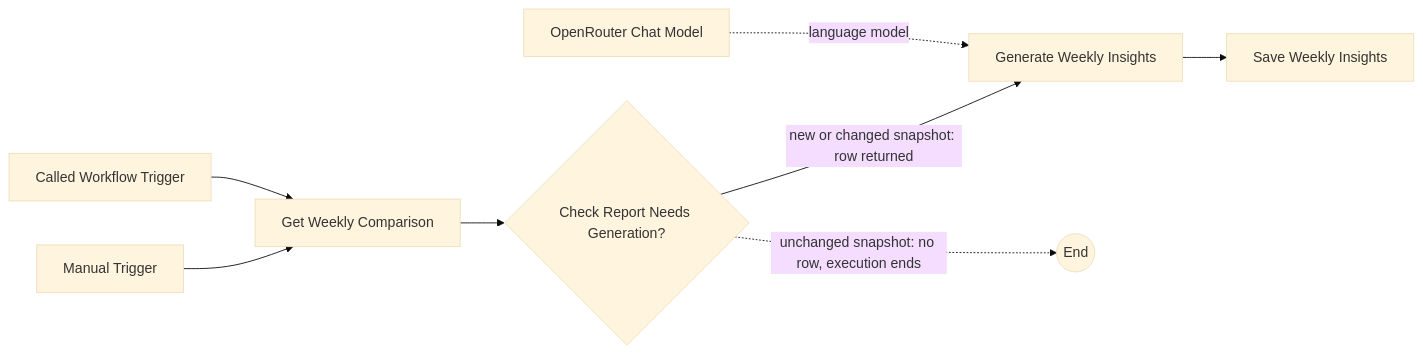
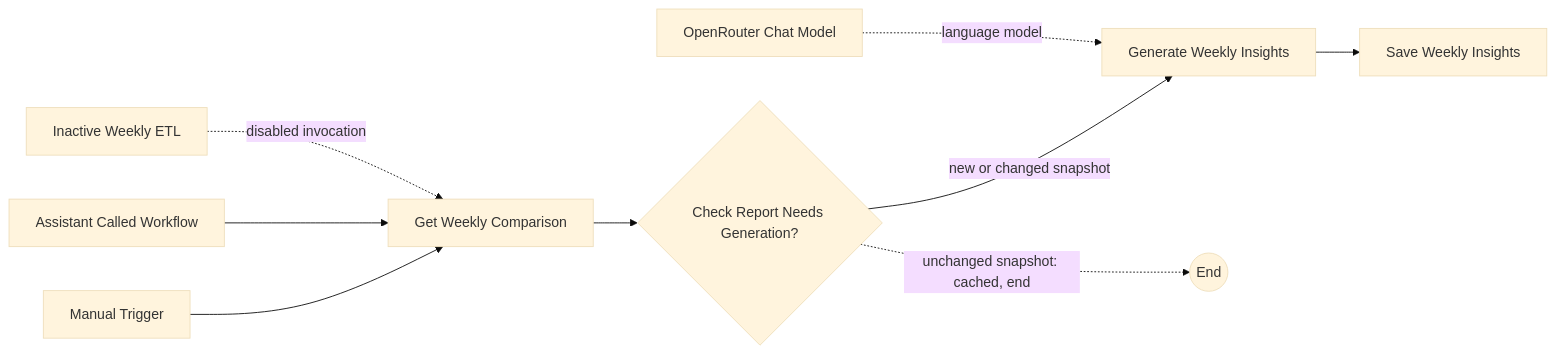
Before and after one commit to cizmeli/ga4-ai-analytics-automation: the diagram in workflows/docs/ga4-weekly-ai-insights.md, drawn with Mermaid (base theme). The commit also changed other lines of this file, not shown here.

Commit message:
docs: document on-demand insights cache and prompt version

````diff
--- a/workflows/docs/ga4-weekly-ai-insights.md
+++ b/workflows/docs/ga4-weekly-ai-insights.md
@@ -49,10 +43,11 @@
 ```mermaid
 flowchart LR
   M[Manual Trigger] --> Q[Get Weekly Comparison]
-  C[Called Workflow Trigger] --> Q
+  C[Assistant Called Workflow] --> Q
+  ETL[Inactive Weekly ETL] -. disabled invocation .-> Q
   Q --> K{Check Report Needs Generation?}
-  K -->|new or changed snapshot: row returned| L[Generate Weekly Insights]
-  K -.->|unchanged snapshot: no row, execution ends| END((End))
+  K -->|new or changed snapshot| L[Generate Weekly Insights]
+  K -.->|unchanged snapshot: cached, end| END((End))
   O[OpenRouter Chat Model] -. language model .-> L
   L --> W[Save Weekly Insights]
 ```
````
